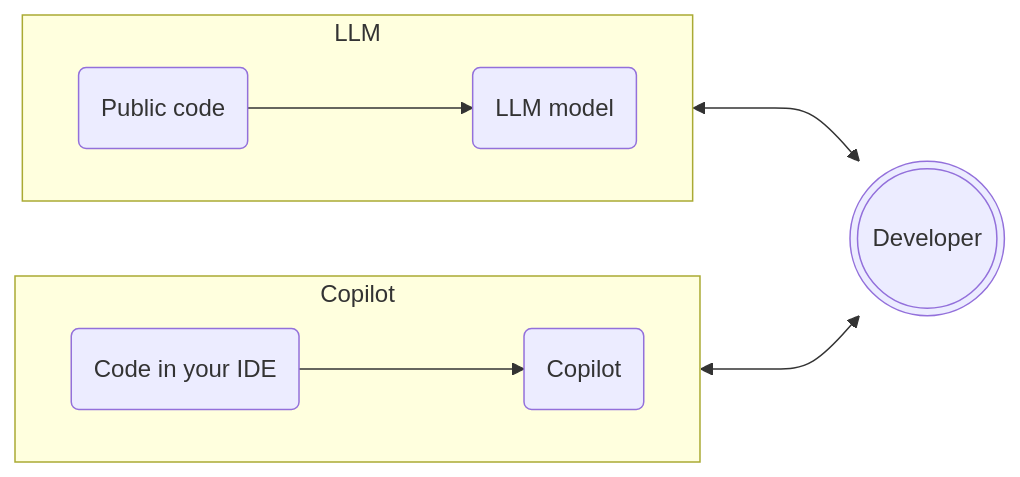
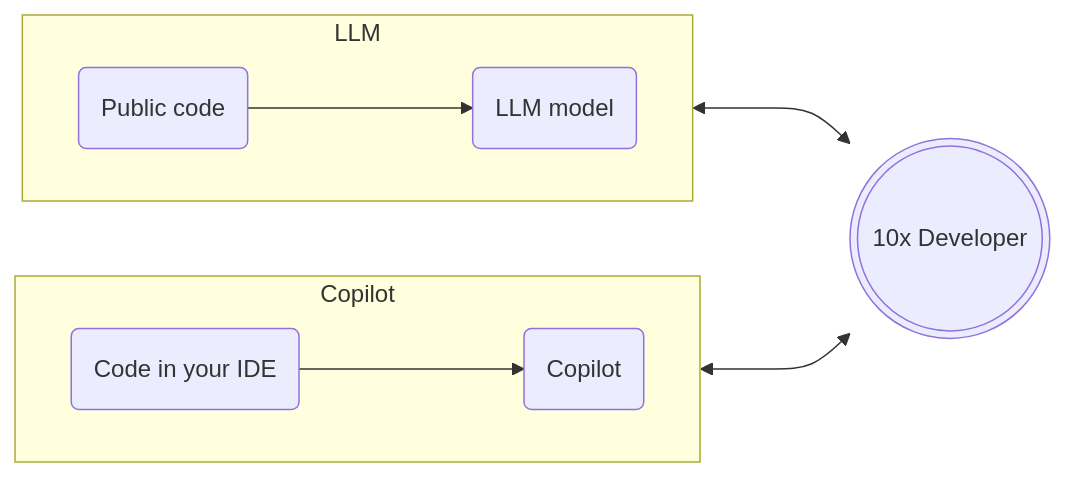
One commit to pieces-app/workshops changed the second of 7 diagrams in 10x-developer-productivity/slides.md. Above: the diagram before and after it, drawn with Mermaid. The commit also changed other lines of this file and 138 other files, not shown here.

````diff
--- a/10x-developer-productivity/slides.md
+++ b/10x-developer-productivity/slides.md
@@ -233,13 +307,13 @@
 ```mermaid
 flowchart LR
     subgraph LLM
         direction LR
         public-cloud(Public code)--->llm-model(LLM model)
     end
     subgraph Copilot
         direction LR
         code-ide(Code in your IDE)--->copilot-ide(Copilot)
     end
-    LLM<--->context(((Developer)))
-    Copilot<--->context(((Developer)))
+    LLM<--->context(((10x Developer)))
+    Copilot<--->context(((10x Developer)))
 ```
````
